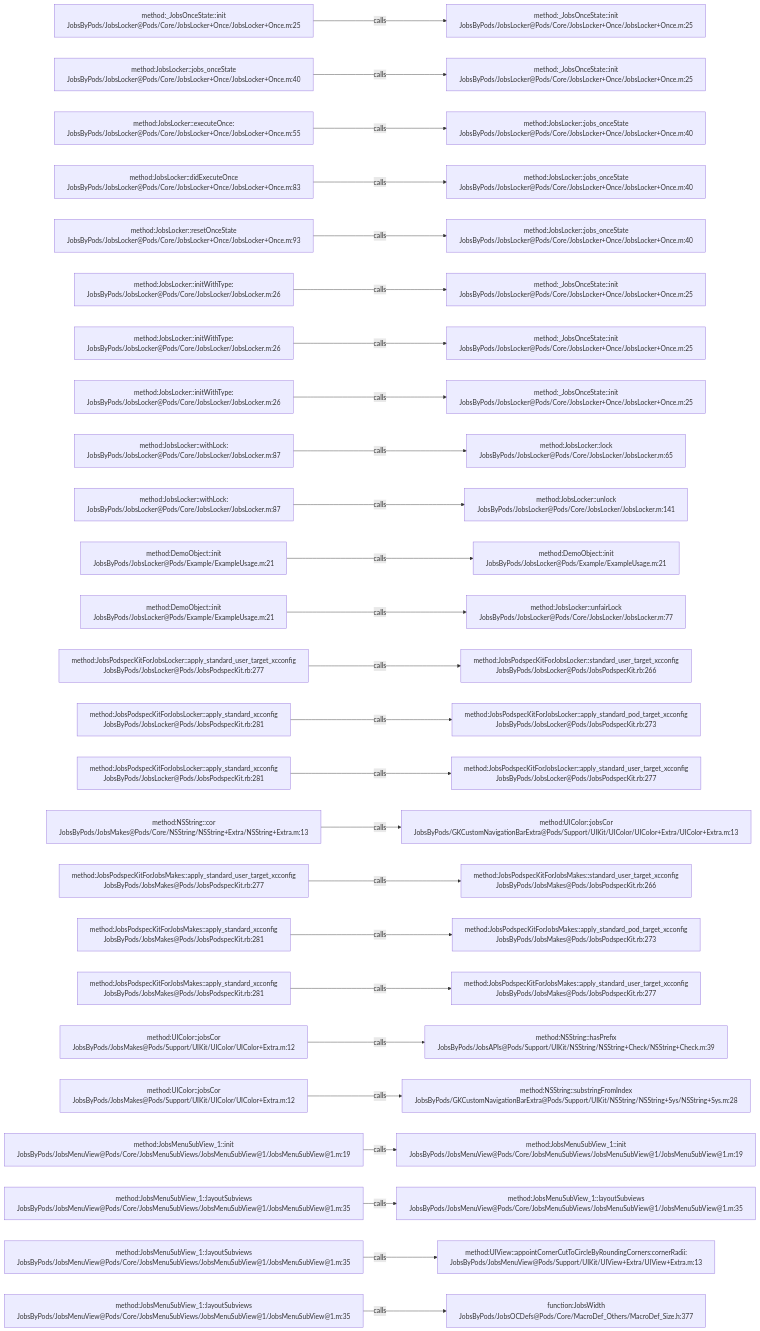
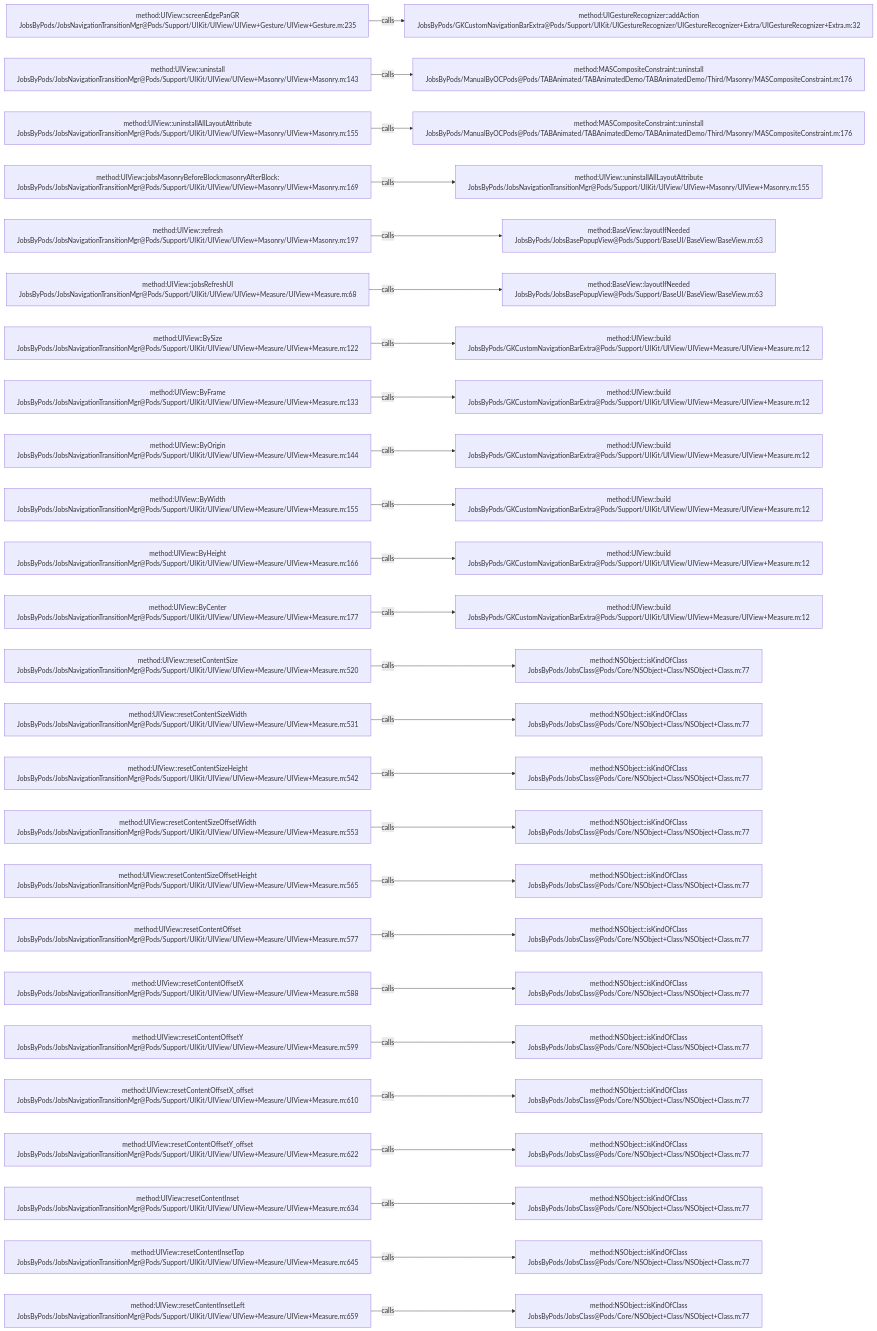
The diagram in .codegraph/codegraph.md/graphs/calls-140.md (JobsKits/JobsOCBaseConfigDemo), drawn with Mermaid before and after one commit. The commit also changed 1026 other files, not shown here.

````diff
--- a/.codegraph/codegraph.md/graphs/calls-140.md
+++ b/.codegraph/codegraph.md/graphs/calls-140.md
@@ -13,78 +13,78 @@
 ```mermaid
 flowchart LR
-  S1["method:_JobsOnceState::init<br/>JobsByPods/JobsLocker@Pods/Core/JobsLocker+Once/JobsLocker+Once.m:25"]
-  T1["method:_JobsOnceState::init<br/>JobsByPods/JobsLocker@Pods/Core/JobsLocker+Once/JobsLocker+Once.m:25"]
+  S1["method:UIView::screenEdgePanGR<br/>JobsByPods/JobsNavigationTransitionMgr@Pods/Support/UIKit/UIView/UIView+Gesture/UIView+Gesture.m:235"]
+  T1["method:UIGestureRecognizer::addAction<br/>JobsByPods/GKCustomNavigationBarExtra@Pods/Support/UIKit/UIGestureRecognizer/UIGestureRecognizer+Extra/UIGestureRecognizer+Extra.m:32"]
   S1 -->|calls| T1
-  S2["method:JobsLocker::jobs_onceState<br/>JobsByPods/JobsLocker@Pods/Core/JobsLocker+Once/JobsLocker+Once.m:40"]
-  T2["method:_JobsOnceState::init<br/>JobsByPods/JobsLocker@Pods/Core/JobsLocker+Once/JobsLocker+Once.m:25"]
+  S2["method:UIView::uninstall<br/>JobsByPods/JobsNavigationTransitionMgr@Pods/Support/UIKit/UIView/UIView+Masonry/UIView+Masonry.m:143"]
+  T2["method:MASCompositeConstraint::uninstall<br/>JobsByPods/ManualByOCPods@Pods/TABAnimated/TABAnimatedDemo/TABAnimatedDemo/Third/Masonry/MASCompositeConstraint.m:176"]
   S2 -->|calls| T2
-  S3["method:JobsLocker::executeOnce:<br/>JobsByPods/JobsLocker@Pods/Core/JobsLocker+Once/JobsLocker+Once.m:55"]
-  T3["method:JobsLocker::jobs_onceState<br/>JobsByPods/JobsLocker@Pods/Core/JobsLocker+Once/JobsLocker+Once.m:40"]
+  S3["method:UIView::uninstallAllLayoutAttribute<br/>JobsByPods/JobsNavigationTransitionMgr@Pods/Support/UIKit/UIView/UIView+Masonry/UIView+Masonry.m:155"]
+  T3["method:MASCompositeConstraint::uninstall<br/>JobsByPods/ManualByOCPods@Pods/TABAnimated/TABAnimatedDemo/TABAnimatedDemo/Third/Masonry/MASCompositeConstraint.m:176"]
   S3 -->|calls| T3
-  S4["method:JobsLocker::didExecuteOnce<br/>JobsByPods/JobsLocker@Pods/Core/JobsLocker+Once/JobsLocker+Once.m:83"]
-  T4["method:JobsLocker::jobs_onceState<br/>JobsByPods/JobsLocker@Pods/Core/JobsLocker+Once/JobsLocker+Once.m:40"]
+  S4["method:UIView::jobsMasonryBeforeBlock:masonryAfterBlock:<br/>JobsByPods/JobsNavigationTransitionMgr@Pods/Support/UIKit/UIView/UIView+Masonry/UIView+Masonry.m:169"]
+  T4["method:UIView::uninstallAllLayoutAttribute<br/>JobsByPods/JobsNavigationTransitionMgr@Pods/Support/UIKit/UIView/UIView+Masonry/UIView+Masonry.m:155"]
   S4 -->|calls| T4
-  S5["method:JobsLocker::resetOnceState<br/>JobsByPods/JobsLocker@Pods/Core/JobsLocker+Once/JobsLocker+Once.m:93"]
-  T5["method:JobsLocker::jobs_onceState<br/>JobsByPods/JobsLocker@Pods/Core/JobsLocker+Once/JobsLocker+Once.m:40"]
+  S5["method:UIView::refresh<br/>JobsByPods/JobsNavigationTransitionMgr@Pods/Support/UIKit/UIView/UIView+Masonry/UIView+Masonry.m:197"]
+  T5["method:BaseView::layoutIfNeeded<br/>JobsByPods/JobsBasePopupView@Pods/Support/BaseUI/BaseView/BaseView.m:63"]
   S5 -->|calls| T5
-  S6["method:JobsLocker::initWithType:<br/>JobsByPods/JobsLocker@Pods/Core/JobsLocker/JobsLocker.m:26"]
-  T6["method:_JobsOnceState::init<br/>JobsByPods/JobsLocker@Pods/Core/JobsLocker+Once/JobsLocker+Once.m:25"]
+  S6["method:UIView::jobsRefreshUI<br/>JobsByPods/JobsNavigationTransitionMgr@Pods/Support/UIKit/UIView/UIView+Measure/UIView+Measure.m:68"]
+  T6["method:BaseView::layoutIfNeeded<br/>JobsByPods/JobsBasePopupView@Pods/Support/BaseUI/BaseView/BaseView.m:63"]
   S6 -->|calls| T6
-  S7["method:JobsLocker::initWithType:<br/>JobsByPods/JobsLocker@Pods/Core/JobsLocker/JobsLocker.m:26"]
-  T7["method:_JobsOnceState::init<br/>JobsByPods/JobsLocker@Pods/Core/JobsLocker+Once/JobsLocker+Once.m:25"]
+  S7["method:UIView::BySize<br/>JobsByPods/JobsNavigationTransitionMgr@Pods/Support/UIKit/UIView/UIView+Measure/UIView+Measure.m:122"]
+  T7["method:UIView::build<br/>JobsByPods/GKCustomNavigationBarExtra@Pods/Support/UIKit/UIView/UIView+Measure/UIView+Measure.m:12"]
   S7 -->|calls| T7
-  S8["method:JobsLocker::initWithType:<br/>JobsByPods/JobsLocker@Pods/Core/JobsLocker/JobsLocker.m:26"]
-  T8["method:_JobsOnceState::init<br/>JobsByPods/JobsLocker@Pods/Core/JobsLocker+Once/JobsLocker+Once.m:25"]
+  S8["method:UIView::ByFrame<br/>JobsByPods/JobsNavigationTransitionMgr@Pods/Support/UIKit/UIView/UIView+Measure/UIView+Measure.m:133"]
+  T8["method:UIView::build<br/>JobsByPods/GKCustomNavigationBarExtra@Pods/Support/UIKit/UIView/UIView+Measure/UIView+Measure.m:12"]
   S8 -->|calls| T8
-  S9["method:JobsLocker::withLock:<br/>JobsByPods/JobsLocker@Pods/Core/JobsLocker/JobsLocker.m:87"]
-  T9["method:JobsLocker::lock<br/>JobsByPods/JobsLocker@Pods/Core/JobsLocker/JobsLocker.m:65"]
+  S9["method:UIView::ByOrigin<br/>JobsByPods/JobsNavigationTransitionMgr@Pods/Support/UIKit/UIView/UIView+Measure/UIView+Measure.m:144"]
+  T9["method:UIView::build<br/>JobsByPods/GKCustomNavigationBarExtra@Pods/Support/UIKit/UIView/UIView+Measure/UIView+Measure.m:12"]
   S9 -->|calls| T9
-  S10["method:JobsLocker::withLock:<br/>JobsByPods/JobsLocker@Pods/Core/JobsLocker/JobsLocker.m:87"]
-  T10["method:JobsLocker::unlock<br/>JobsByPods/JobsLocker@Pods/Core/JobsLocker/JobsLocker.m:141"]
+  S10["method:UIView::ByWidth<br/>JobsByPods/JobsNavigationTransitionMgr@Pods/Support/UIKit/UIView/UIView+Measure/UIView+Measure.m:155"]
+  T10["method:UIView::build<br/>JobsByPods/GKCustomNavigationBarExtra@Pods/Support/UIKit/UIView/UIView+Measure/UIView+Measure.m:12"]
   S10 -->|calls| T10
-  S11["method:DemoObject::init<br/>JobsByPods/JobsLocker@Pods/Example/ExampleUsage.m:21"]
-  T11["method:DemoObject::init<br/>JobsByPods/JobsLocker@Pods/Example/ExampleUsage.m:21"]
+  S11["method:UIView::ByHeight<br/>JobsByPods/JobsNavigationTransitionMgr@Pods/Support/UIKit/UIView/UIView+Measure/UIView+Measure.m:166"]
+  T11["method:UIView::build<br/>JobsByPods/GKCustomNavigationBarExtra@Pods/Support/UIKit/UIView/UIView+Measure/UIView+Measure.m:12"]
   S11 -->|calls| T11
-  S12["method:DemoObject::init<br/>JobsByPods/JobsLocker@Pods/Example/ExampleUsage.m:21"]
-  T12["method:JobsLocker::unfairLock<br/>JobsByPods/JobsLocker@Pods/Core/JobsLocker/JobsLocker.m:77"]
+  S12["method:UIView::ByCenter<br/>JobsByPods/JobsNavigationTransitionMgr@Pods/Support/UIKit/UIView/UIView+Measure/UIView+Measure.m:177"]
+  T12["method:UIView::build<br/>JobsByPods/GKCustomNavigationBarExtra@Pods/Support/UIKit/UIView/UIView+Measure/UIView+Measure.m:12"]
   S12 -->|calls| T12
-  S13["method:JobsPodspecKitForJobsLocker::apply_standard_user_target_xcconfig<br/>JobsByPods/JobsLocker@Pods/JobsPodspecKit.rb:277"]
-  T13["method:JobsPodspecKitForJobsLocker::standard_user_target_xcconfig<br/>JobsByPods/JobsLocker@Pods/JobsPodspecKit.rb:266"]
+  S13["method:UIView::resetContentSize<br/>JobsByPods/JobsNavigationTransitionMgr@Pods/Support/UIKit/UIView/UIView+Measure/UIView+Measure.m:520"]
+  T13["method:NSObject::isKindOfClass<br/>JobsByPods/JobsClass@Pods/Core/NSObject+Class/NSObject+Class.m:77"]
   S13 -->|calls| T13
-  S14["method:JobsPodspecKitForJobsLocker::apply_standard_xcconfig<br/>JobsByPods/JobsLocker@Pods/JobsPodspecKit.rb:281"]
-  T14["method:JobsPodspecKitForJobsLocker::apply_standard_pod_target_xcconfig<br/>JobsByPods/JobsLocker@Pods/JobsPodspecKit.rb:273"]
+  S14["method:UIView::resetContentSizeWidth<br/>JobsByPods/JobsNavigationTransitionMgr@Pods/Support/UIKit/UIView/UIView+Measure/UIView+Measure.m:531"]
+  T14["method:NSObject::isKindOfClass<br/>JobsByPods/JobsClass@Pods/Core/NSObject+Class/NSObject+Class.m:77"]
   S14 -->|calls| T14
-  S15["method:JobsPodspecKitForJobsLocker::apply_standard_xcconfig<br/>JobsByPods/JobsLocker@Pods/JobsPodspecKit.rb:281"]
-  T15["method:JobsPodspecKitForJobsLocker::apply_standard_user_target_xcconfig<br/>JobsByPods/JobsLocker@Pods/JobsPodspecKit.rb:277"]
+  S15["method:UIView::resetContentSizeHeight<br/>JobsByPods/JobsNavigationTransitionMgr@Pods/Support/UIKit/UIView/UIView+Measure/UIView+Measure.m:542"]
+  T15["method:NSObject::isKindOfClass<br/>JobsByPods/JobsClass@Pods/Core/NSObject+Class/NSObject+Class.m:77"]
   S15 -->|calls| T15
-  S16["method:NSString::cor<br/>JobsByPods/JobsMakes@Pods/Core/NSString/NSString+Extra/NSString+Extra.m:13"]
-  T16["method:UIColor::jobsCor<br/>JobsByPods/GKCustomNavigationBarExtra@Pods/Support/UIKit/UIColor/UIColor+Extra/UIColor+Extra.m:13"]
+  S16["method:UIView::resetContentSizeOffsetWidth<br/>JobsByPods/JobsNavigationTransitionMgr@Pods/Support/UIKit/UIView/UIView+Measure/UIView+Measure.m:553"]
+  T16["method:NSObject::isKindOfClass<br/>JobsByPods/JobsClass@Pods/Core/NSObject+Class/NSObject+Class.m:77"]
   S16 -->|calls| T16
-  S17["method:JobsPodspecKitForJobsMakes::apply_standard_user_target_xcconfig<br/>JobsByPods/JobsMakes@Pods/JobsPodspecKit.rb:277"]
-  T17["method:JobsPodspecKitForJobsMakes::standard_user_target_xcconfig<br/>JobsByPods/JobsMakes@Pods/JobsPodspecKit.rb:266"]
+  S17["method:UIView::resetContentSizeOffsetHeight<br/>JobsByPods/JobsNavigationTransitionMgr@Pods/Support/UIKit/UIView/UIView+Measure/UIView+Measure.m:565"]
+  T17["method:NSObject::isKindOfClass<br/>JobsByPods/JobsClass@Pods/Core/NSObject+Class/NSObject+Class.m:77"]
   S17 -->|calls| T17
-  S18["method:JobsPodspecKitForJobsMakes::apply_standard_xcconfig<br/>JobsByPods/JobsMakes@Pods/JobsPodspecKit.rb:281"]
-  T18["method:JobsPodspecKitForJobsMakes::apply_standard_pod_target_xcconfig<br/>JobsByPods/JobsMakes@Pods/JobsPodspecKit.rb:273"]
+  S18["method:UIView::resetContentOffset<br/>JobsByPods/JobsNavigationTransitionMgr@Pods/Support/UIKit/UIView/UIView+Measure/UIView+Measure.m:577"]
+  T18["method:NSObject::isKindOfClass<br/>JobsByPods/JobsClass@Pods/Core/NSObject+Class/NSObject+Class.m:77"]
   S18 -->|calls| T18
-  S19["method:JobsPodspecKitForJobsMakes::apply_standard_xcconfig<br/>JobsByPods/JobsMakes@Pods/JobsPodspecKit.rb:281"]
-  T19["method:JobsPodspecKitForJobsMakes::apply_standard_user_target_xcconfig<br/>JobsByPods/JobsMakes@Pods/JobsPodspecKit.rb:277"]
+  S19["method:UIView::resetContentOffsetX<br/>JobsByPods/JobsNavigationTransitionMgr@Pods/Support/UIKit/UIView/UIView+Measure/UIView+Measure.m:588"]
+  T19["method:NSObject::isKindOfClass<br/>JobsByPods/JobsClass@Pods/Core/NSObject+Class/NSObject+Class.m:77"]
   S19 -->|calls| T19
-  S20["method:UIColor::jobsCor<br/>JobsByPods/JobsMakes@Pods/Support/UIKit/UIColor/UIColor+Extra.m:12"]
-  T20["method:NSString::hasPrefix<br/>JobsByPods/JobsAPIs@Pods/Support/UIKit/NSString/NSString+Check/NSString+Check.m:39"]
+  S20["method:UIView::resetContentOffsetY<br/>JobsByPods/JobsNavigationTransitionMgr@Pods/Support/UIKit/UIView/UIView+Measure/UIView+Measure.m:599"]
+  T20["method:NSObject::isKindOfClass<br/>JobsByPods/JobsClass@Pods/Core/NSObject+Class/NSObject+Class.m:77"]
   S20 -->|calls| T20
-  S21["method:UIColor::jobsCor<br/>JobsByPods/JobsMakes@Pods/Support/UIKit/UIColor/UIColor+Extra.m:12"]
-  T21["method:NSString::substringFromIndex<br/>JobsByPods/GKCustomNavigationBarExtra@Pods/Support/UIKit/NSString/NSString+Sys/NSString+Sys.m:28"]
+  S21["method:UIView::resetContentOffsetX_offset<br/>JobsByPods/JobsNavigationTransitionMgr@Pods/Support/UIKit/UIView/UIView+Measure/UIView+Measure.m:610"]
+  T21["method:NSObject::isKindOfClass<br/>JobsByPods/JobsClass@Pods/Core/NSObject+Class/NSObject+Class.m:77"]
   S21 -->|calls| T21
-  S22["method:JobsMenuSubView_1::init<br/>JobsByPods/JobsMenuView@Pods/Core/JobsMenuSubViews/JobsMenuSubView@1/JobsMenuSubView@1.m:19"]
-  T22["method:JobsMenuSubView_1::init<br/>JobsByPods/JobsMenuView@Pods/Core/JobsMenuSubViews/JobsMenuSubView@1/JobsMenuSubView@1.m:19"]
+  S22["method:UIView::resetContentOffsetY_offset<br/>JobsByPods/JobsNavigationTransitionMgr@Pods/Support/UIKit/UIView/UIView+Measure/UIView+Measure.m:622"]
+  T22["method:NSObject::isKindOfClass<br/>JobsByPods/JobsClass@Pods/Core/NSObject+Class/NSObject+Class.m:77"]
   S22 -->|calls| T22
-  S23["method:JobsMenuSubView_1::layoutSubviews<br/>JobsByPods/JobsMenuView@Pods/Core/JobsMenuSubViews/JobsMenuSubView@1/JobsMenuSubView@1.m:35"]
-  T23["method:JobsMenuSubView_1::layoutSubviews<br/>JobsByPods/JobsMenuView@Pods/Core/JobsMenuSubViews/JobsMenuSubView@1/JobsMenuSubView@1.m:35"]
+  S23["method:UIView::resetContentInset<br/>JobsByPods/JobsNavigationTransitionMgr@Pods/Support/UIKit/UIView/UIView+Measure/UIView+Measure.m:634"]
+  T23["method:NSObject::isKindOfClass<br/>JobsByPods/JobsClass@Pods/Core/NSObject+Class/NSObject+Class.m:77"]
   S23 -->|calls| T23
-  S24["method:JobsMenuSubView_1::layoutSubviews<br/>JobsByPods/JobsMenuView@Pods/Core/JobsMenuSubViews/JobsMenuSubView@1/JobsMenuSubView@1.m:35"]
-  T24["method:UIView::appointCornerCutToCircleByRoundingCorners:cornerRadii:<br/>JobsByPods/JobsMenuView@Pods/Support/UIKit/UIView+Extra/UIView+Extra.m:13"]
+  S24["method:UIView::resetContentInsetTop<br/>JobsByPods/JobsNavigationTransitionMgr@Pods/Support/UIKit/UIView/UIView+Measure/UIView+Measure.m:645"]
+  T24["method:NSObject::isKindOfClass<br/>JobsByPods/JobsClass@Pods/Core/NSObject+Class/NSObject+Class.m:77"]
   S24 -->|calls| T24
-  S25["method:JobsMenuSubView_1::layoutSubviews<br/>JobsByPods/JobsMenuView@Pods/Core/JobsMenuSubViews/JobsMenuSubView@1/JobsMenuSubView@1.m:35"]
-  T25["function:JobsWidth<br/>JobsByPods/JobsOCDefs@Pods/Core/MacroDef_Others/MacroDef_Size.h:377"]
+  S25["method:UIView::resetContentInsetLeft<br/>JobsByPods/JobsNavigationTransitionMgr@Pods/Support/UIKit/UIView/UIView+Measure/UIView+Measure.m:659"]
+  T25["method:NSObject::isKindOfClass<br/>JobsByPods/JobsClass@Pods/Core/NSObject+Class/NSObject+Class.m:77"]
   S25 -->|calls| T25
 ```
````
